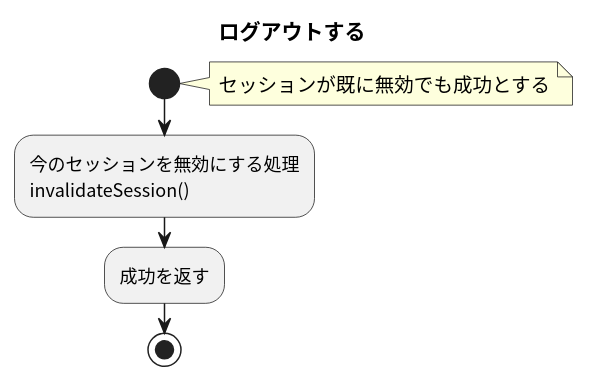
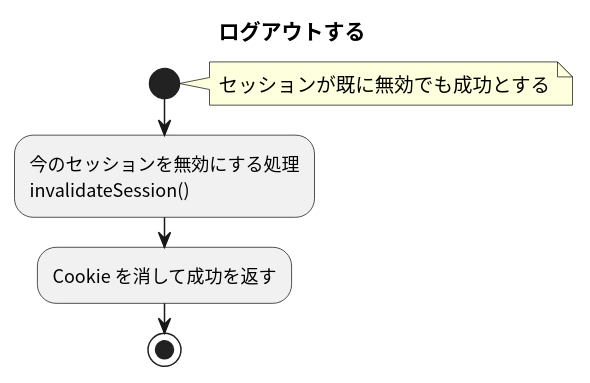
One commit to masamasamasato/design-doc-template changed the diagram in apis/logout/flow.puml. Above: the diagram before and after it, drawn with PlantUML. The commit also changed 18 other files, not shown here.

```diff
--- a/apis/logout/flow.puml
+++ b/apis/logout/flow.puml
@@ -3,13 +3,13 @@
 @startuml
 skinparam shadowing false
 skinparam defaultFontName "Noto Sans CJK JP"
 skinparam ActivityFontName "Noto Sans CJK JP"
 
 title ログアウトする
 
 start
 note right: セッションが既に無効でも成功とする
 :今のセッションを無効にする処理\ninvalidateSession();
-:成功を返す;
+:Cookie を消して成功を返す;
 stop
 @enduml
```
